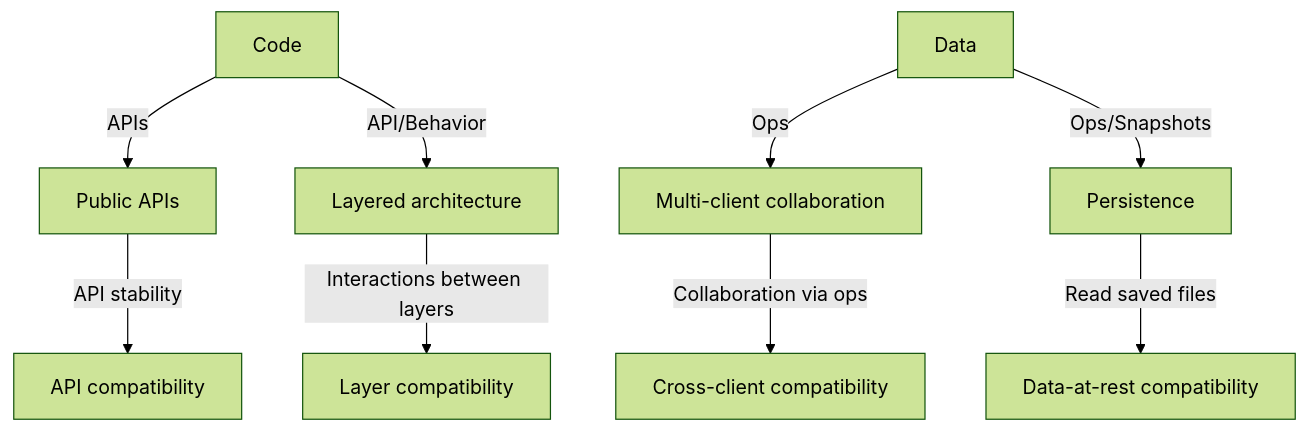
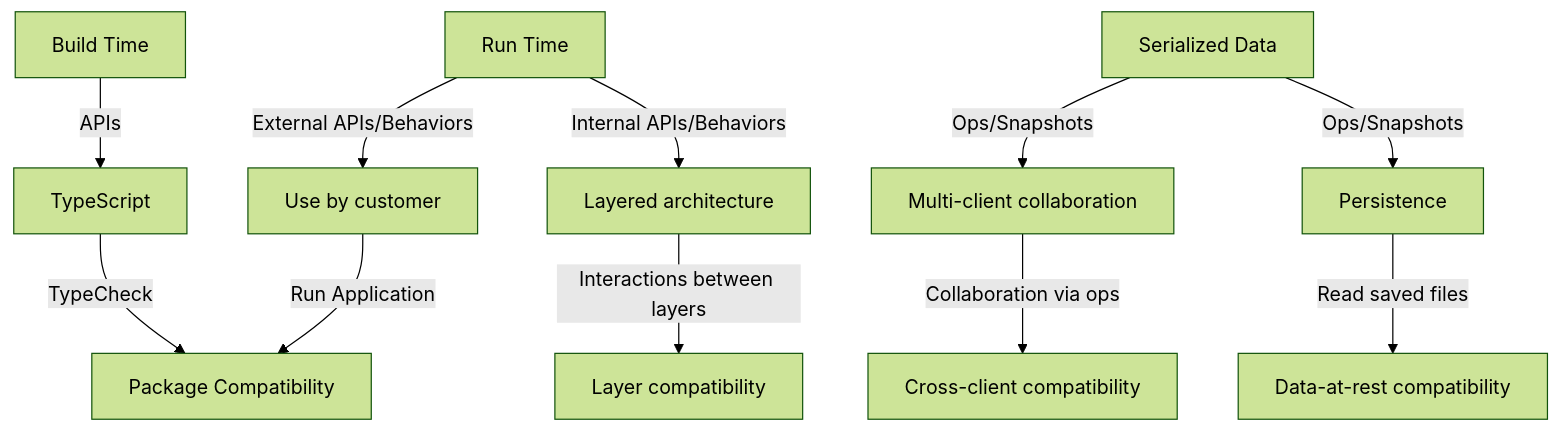
Before and after one commit to microsoft/FluidFramework: the first of 3 diagrams in FluidCompatibilityConsiderations.md, drawn with Mermaid (forest theme). The commit also changed other lines of this file, not shown here.

First line of the commit message:
Revise Fluid Framework Compatibility Considerations (#27274)

````diff
--- a/FluidCompatibilityConsiderations.md
+++ b/FluidCompatibilityConsiderations.md
@@ -12,12 +13,15 @@
 ```mermaid
 flowchart TD
-    A[Code] --APIs--> B[Public APIs]
-        B --API stability--> C[API compatibility]
-    A --API/Behavior--> D[Layered architecture]
-        D --Interactions between layers--> E[Layer compatibility]
+    BuildTime[Build Time] --APIs--> TypeScript
+        TypeScript --TypeCheck--> PackageCompat[Package Compatibility]
 
-    F[Data] --Ops--> G[Multi-client collaboration]
-        G --Collaboration via ops--> J[Cross-client compatibility]
-    F --Ops/Snapshots--> I[Persistence]
-        I --Read saved files--> H[Data-at-rest compatibility]
+    RunTime[Run Time] --External APIs/Behaviors--> CustomerUse[Use by customer]
+        CustomerUse --Run Application--> PackageCompat
+    RunTime --Internal APIs/Behaviors--> LayeredArch[Layered architecture]
+        LayeredArch --Interactions between layers--> LayerCompat[Layer compatibility]
+
+    SerializedData[Serialized Data] --Ops/Snapshots--> MultiClient[Multi-client collaboration]
+        MultiClient --Collaboration via ops--> CrossClientCompat[Cross-client compatibility]
+    SerializedData --Ops/Snapshots--> Persistence[Persistence]
+        Persistence --Read saved files--> DataAtRestCompat[Data-at-rest compatibility]
 ```
````
